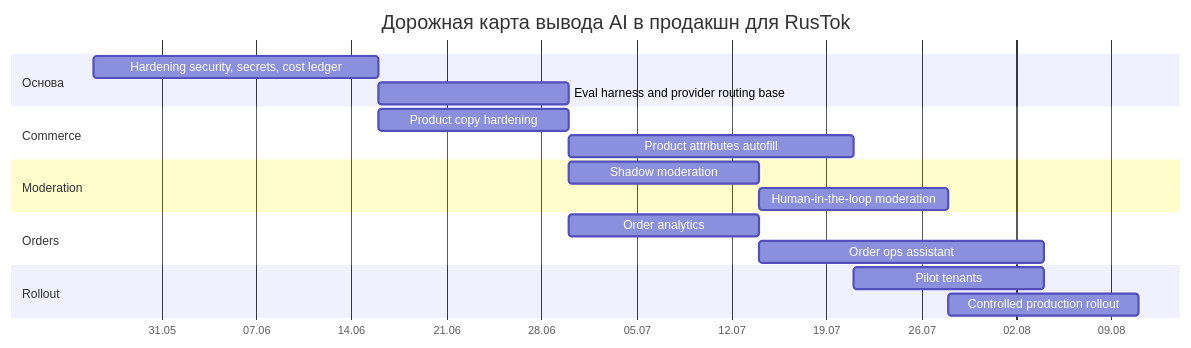
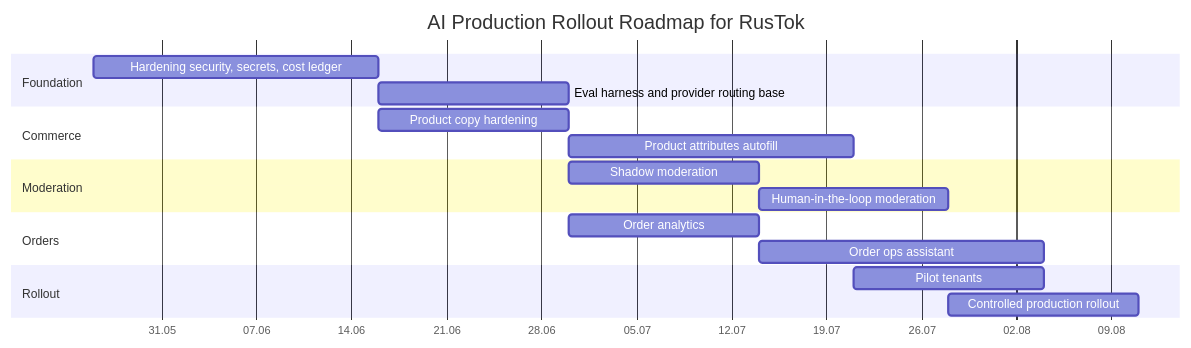
One commit to RusTokRs/RusTok changed the third of 3 diagrams in docs/research/AI-research.md. Above: the diagram before and after it, drawn with Mermaid. The commit also changed other lines of this file and 270 other files, not shown here.

````diff
--- a/docs/research/AI-research.md
+++ b/docs/research/AI-research.md
@@ -232,26 +233,26 @@
 ```mermaid
 gantt
-    title Дорожная карта вывода AI в продакшн для RusTok
+    title AI Production Rollout Roadmap for RusTok
     dateFormat  YYYY-MM-DD
     axisFormat  %d.%m
 
-    section Основа
+    section Foundation
     Hardening security, secrets, cost ledger     :a1, 2026-05-26, 21d
     Eval harness and provider routing base       :a2, after a1, 14d
 
     section Commerce
     Product copy hardening                       :b1, after a1, 14d
     Product attributes autofill                  :b2, after b1, 21d
 
     section Moderation
     Shadow moderation                            :c1, after a2, 14d
     Human-in-the-loop moderation                 :c2, after c1, 14d
 
     section Orders
     Order analytics                              :d1, after a2, 14d
     Order ops assistant                          :d2, after d1, 21d
 
     section Rollout
     Pilot tenants                                :e1, after b2, 14d
     Controlled production rollout                :e2, after c2, 14d
 ```
````
